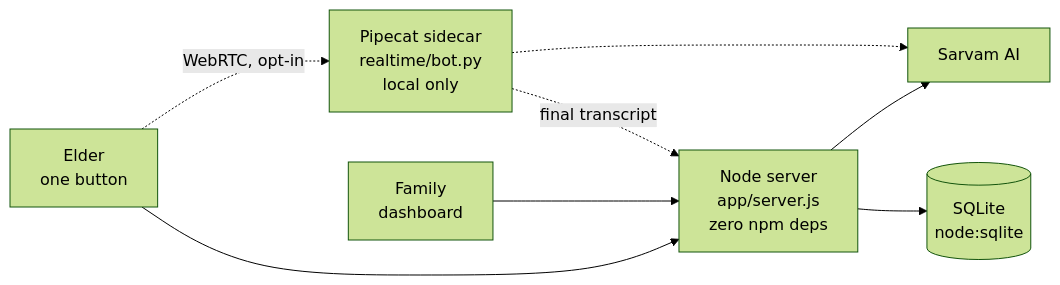
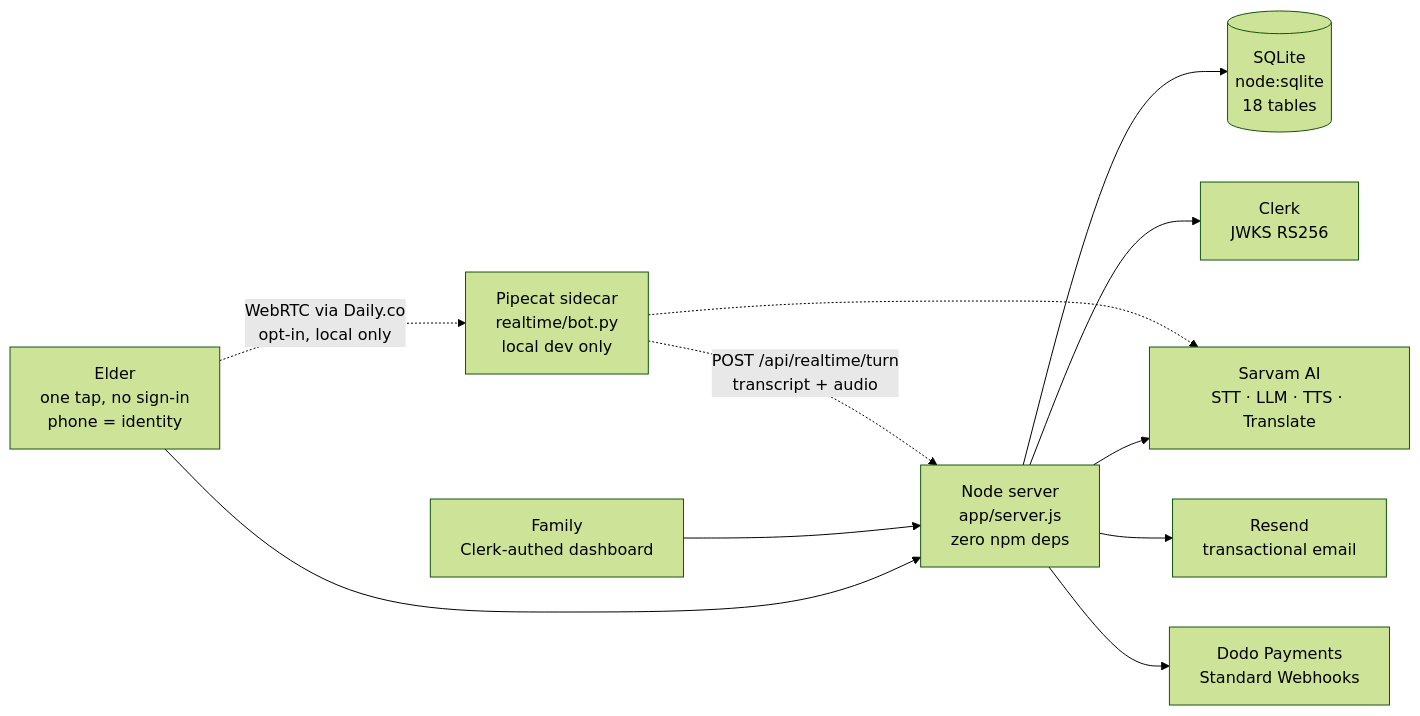
The diagram in README.md (tejaskh3/sarvam-buildathon), drawn with Mermaid (forest theme) before and after one commit. The commit also changed other lines of this file, not shown here.

First line of the commit message:
docs: rewrite README with accurate architecture from codebase audit

````diff
--- a/README.md
+++ b/README.md
@@ -15,11 +15,13 @@
 ```mermaid
 flowchart LR
-  Elder["Elder<br/>one button"] --> Node
-  Family["Family<br/>dashboard"] --> Node
-  Node["Node server<br/>app/server.js<br/>zero npm deps"] --> Sarvam
-  Node --> DB[("SQLite<br/>node:sqlite")]
-  RT["Pipecat sidecar<br/>realtime/bot.py<br/>local only"] -.->|"final transcript"| Node
-  Elder -.->|"WebRTC, opt-in"| RT
+  Elder["Elder<br/>one tap, no sign-in<br/>phone = identity"] --> Node
+  Family["Family<br/>Clerk-authed dashboard"] --> Node
+  Node["Node server<br/>app/server.js<br/>zero npm deps"] --> Sarvam["Sarvam AI<br/>STT · LLM · TTS · Translate"]
+  Node --> DB[("SQLite<br/>node:sqlite<br/>18 tables")]
+  Node --> Clerk["Clerk<br/>JWKS RS256"]
+  Node --> Resend["Resend<br/>transactional email"]
+  Node --> Dodo["Dodo Payments<br/>Standard Webhooks"]
+  RT["Pipecat sidecar<br/>realtime/bot.py<br/>local dev only"] -.->|"POST /api/realtime/turn<br/>transcript + audio"| Node
+  Elder -.->|"WebRTC via Daily.co<br/>opt-in, local only"| RT
   RT -.-> Sarvam
-  Sarvam["Sarvam AI"]
 ```
````
